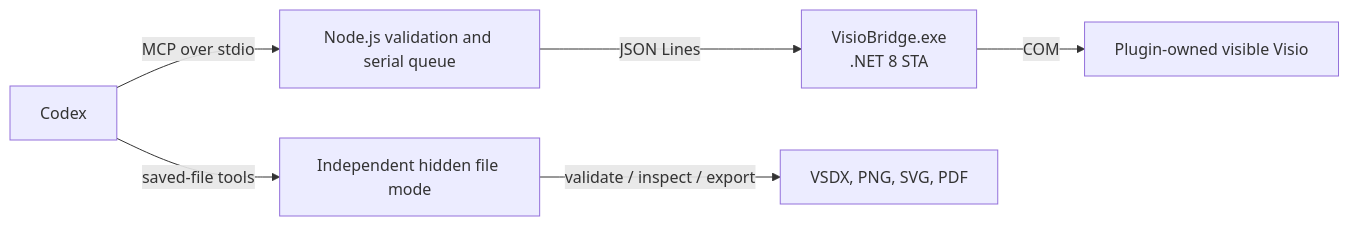
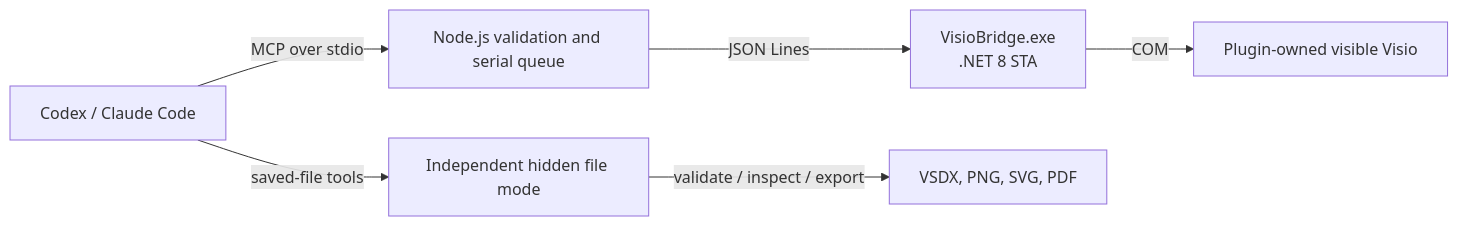
The diagram in README.en.md (capcaradevai-ai/Visio-Illustrator), drawn with Mermaid before and after one commit. The commit also changed other lines of this file and 2 other files, not shown here.

Commit message:
docs: document Codex and Claude Code installation

````diff
--- a/README.en.md
+++ b/README.en.md
@@ -20,8 +20,8 @@
 ```mermaid
 flowchart LR
-    C["Codex"] -->|"MCP over stdio"| N["Node.js validation and serial queue"]
+    C["Codex / Claude Code"] -->|"MCP over stdio"| N["Node.js validation and serial queue"]
     N -->|"JSON Lines"| B["VisioBridge.exe\n.NET 8 STA"]
     B -->|"COM"| V["Plugin-owned visible Visio"]
     C -->|"saved-file tools"| F["Independent hidden file mode"]
     F -->|"validate / inspect / export"| D["VSDX, PNG, SVG, PDF"]
 ```
````
